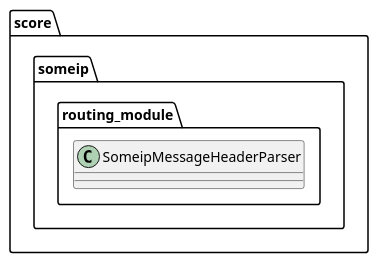
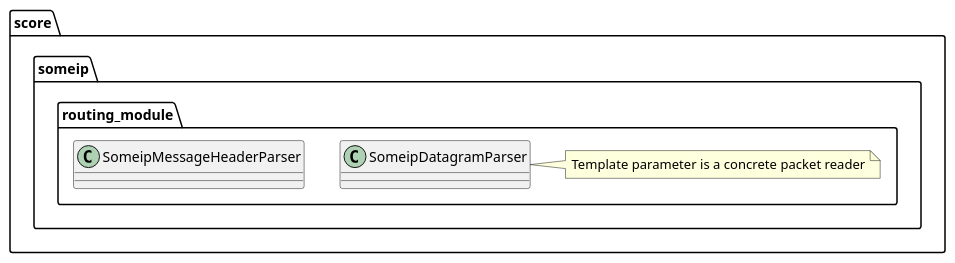
Before and after one commit to eclipse-score/communication: the diagram in score/someip/routing_module/event_handler/dependability/someip_message_header_parser_class.puml, drawn with PlantUML. The commit also changed 9 other files, not shown here.

Commit message:
someip: add packet-reader datagram parser

```diff
--- a/score/someip/routing_module/event_handler/dependability/someip_message_header_parser_class.puml
+++ b/score/someip/routing_module/event_handler/dependability/someip_message_header_parser_class.puml
@@ -14,7 +14,10 @@
 @startuml someip_message_header_parser_class
 
 namespace score.someip.routing_module {
     class SomeipMessageHeaderParser
+    class SomeipDatagramParser
+
+    note right of SomeipDatagramParser : Template parameter is a concrete packet reader
 }
 
 @enduml
```
